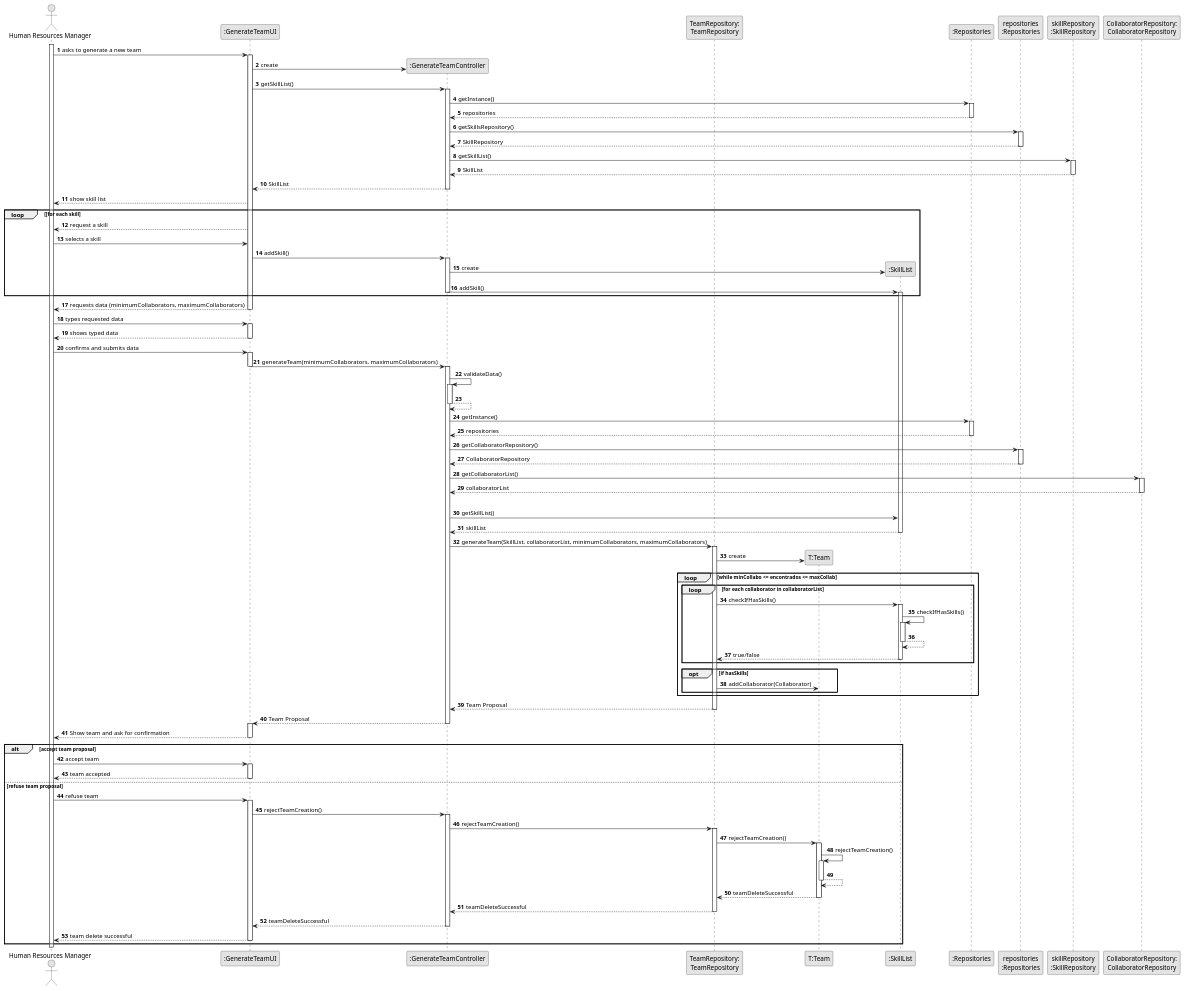
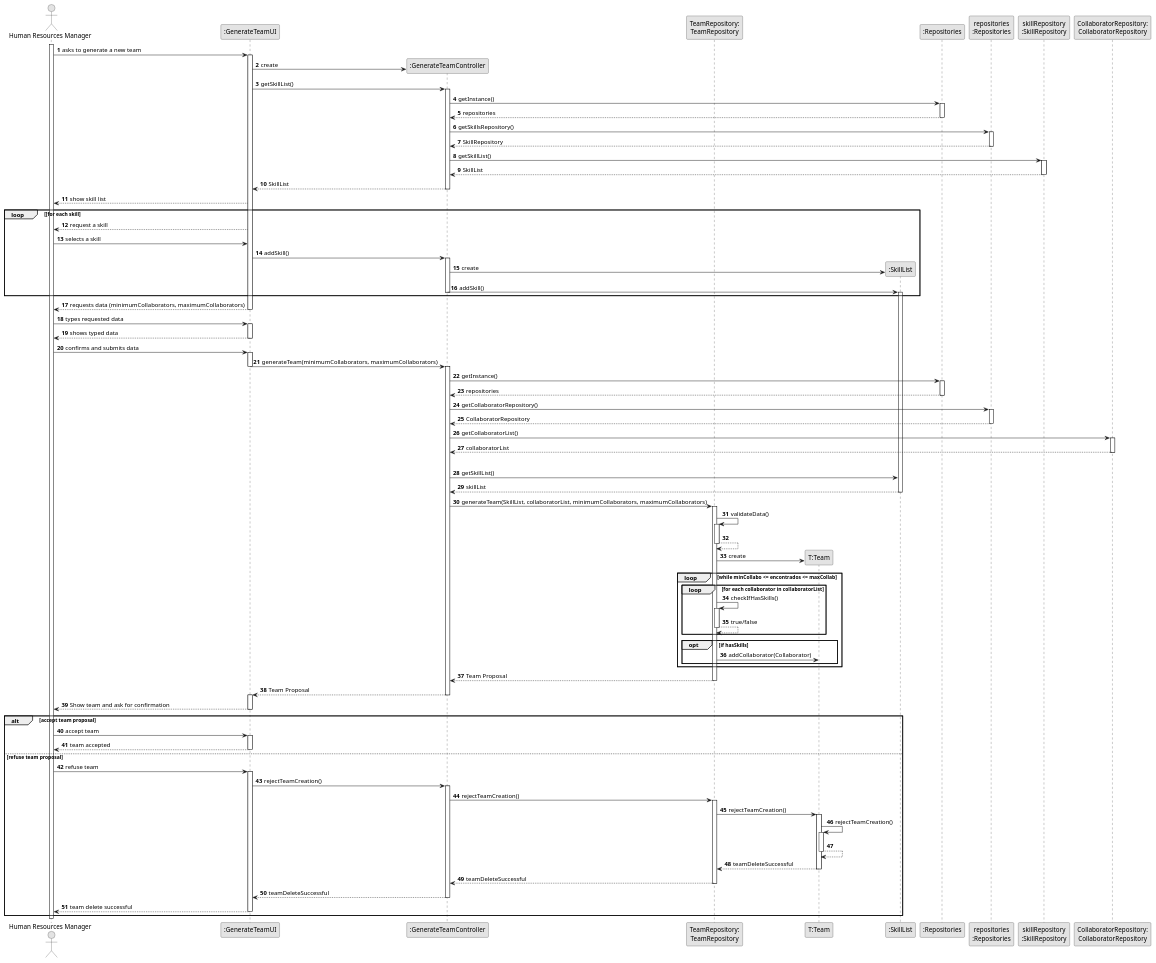
The diagram in docs/sprintB/us005/03.design/puml/us005-sequence-diagram-full.puml (SAEmanuel/Green_Spaces_Management_ISEP), drawn with PlantUML before and after one commit. The commit also changed 3 other files, not shown here.

Commit message:
US005 - Team repository bug fix and design update

```diff
--- a/docs/sprintB/us005/03.design/puml/us005-sequence-diagram-full.puml
+++ b/docs/sprintB/us005/03.design/puml/us005-sequence-diagram-full.puml
@@ -87,11 +87,6 @@
 
         activate CTRL
 
-            CTRL -> CTRL : validateData()
-            activate CTRL
-                CTRL --> CTRL :
-            deactivate CTRL
-
             CTRL -> RepositorySingleton : getInstance()
                 activate RepositorySingleton
 
@@ -121,23 +116,22 @@
             CTRL -> TeamRepository : generateTeam(SkillList, collaboratorList, minimumCollaborators, maximumCollaborators)
         activate TeamRepository
 
+                TeamRepository -> TeamRepository : validateData()
+                    activate TeamRepository
+                        TeamRepository --> TeamRepository :
+                    deactivate TeamRepository
+
             TeamRepository -> T** : create
 
             loop while minCollabo <= encontrados <= maxCollab
 
                 loop for each collaborator in collaboratorList
 
-                    TeamRepository -> SkillList : checkIfHasSkills()
-                    activate SkillList
+                    TeamRepository -> TeamRepository : checkIfHasSkills()
+                                        activate TeamRepository
+                                            TeamRepository --> TeamRepository : true/false
+                                        deactivate TeamRepository
 
-                        SkillList -> SkillList : checkIfHasSkills()
-                    activate SkillList
-
-                        SkillList --> SkillList :
-                    deactivate SkillList
-
-                        SkillList --> TeamRepository : true/false
-                    deactivate SkillList
                 end
 
                 opt if hasSkills
```
